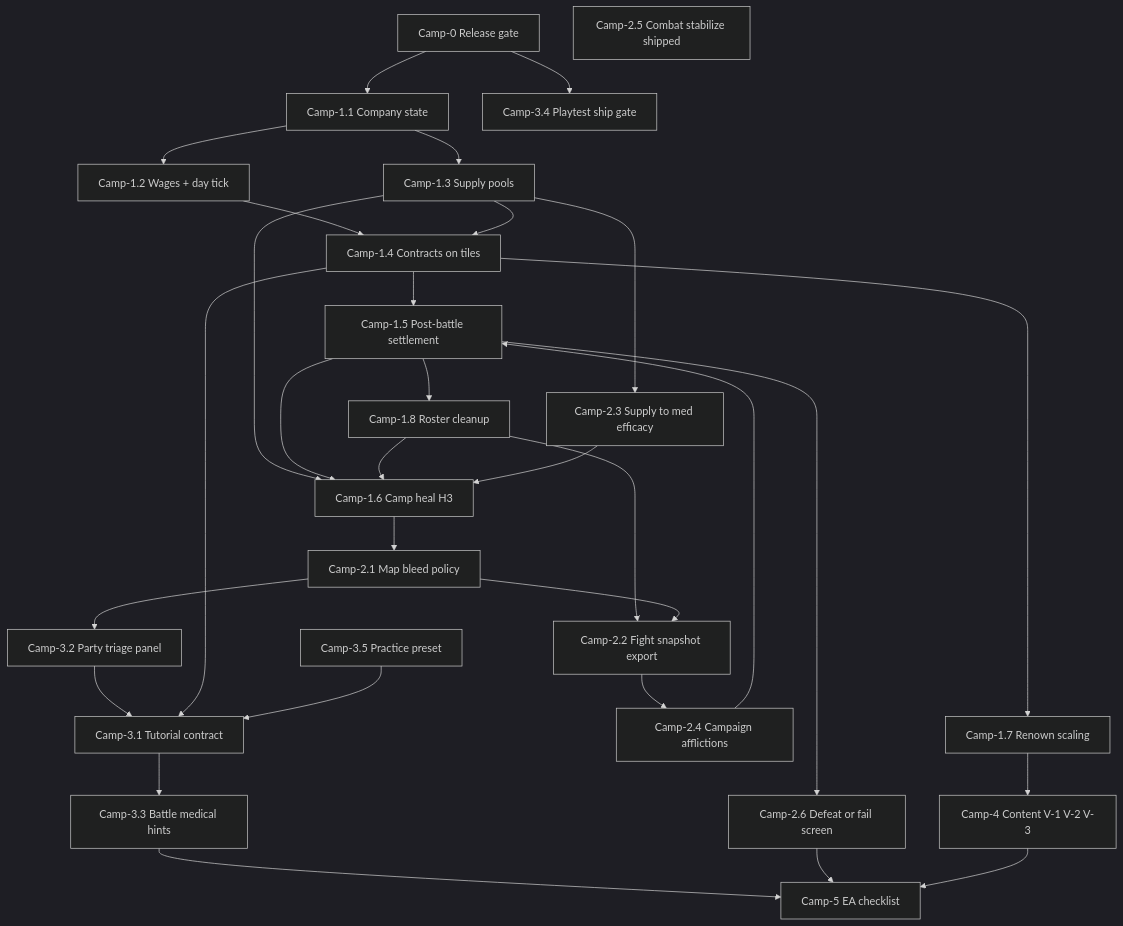
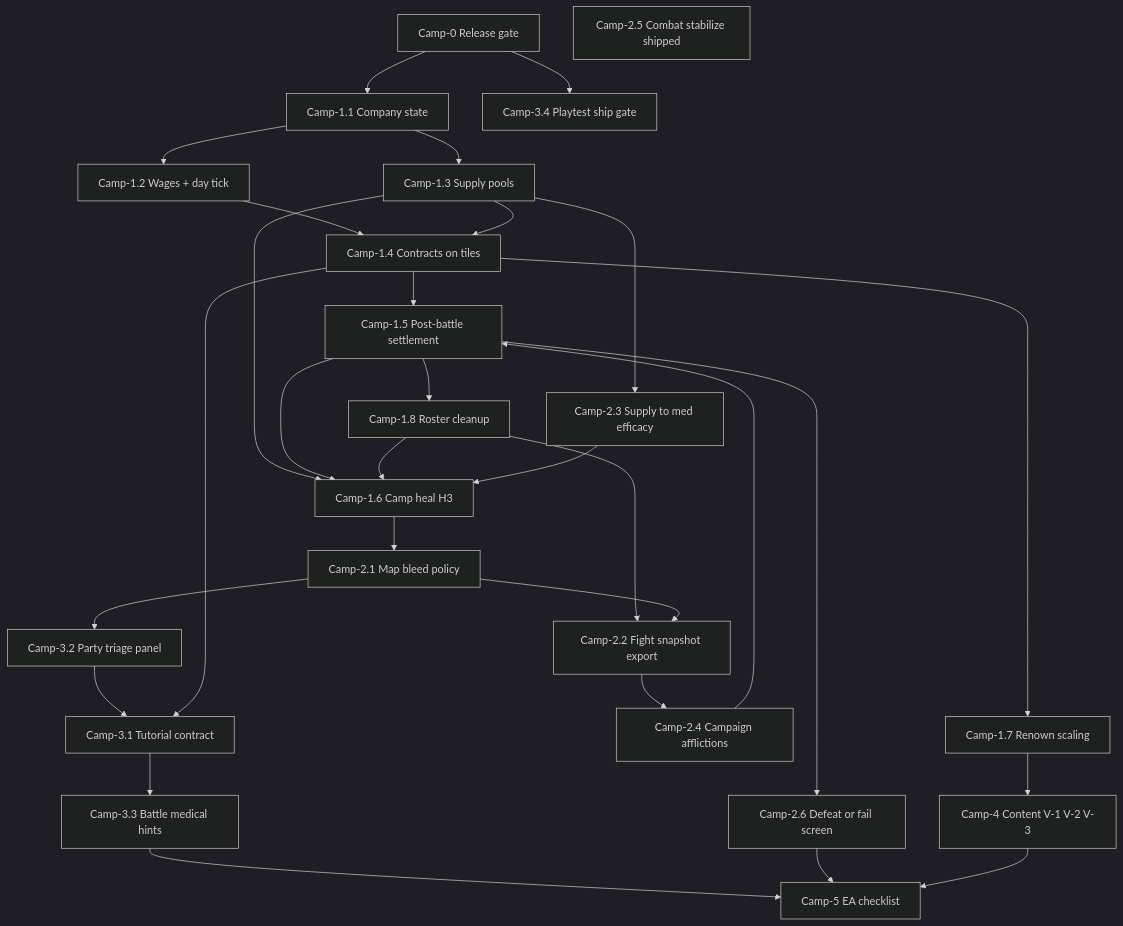
One commit to Evernight27/FallenPaths changed the diagram in docs/SHIP_PLAN.md. Above: the diagram before and after it, drawn with Mermaid (dark theme). The commit also changed other lines of this file and 143 other files, not shown here.

````diff
--- a/docs/SHIP_PLAN.md
+++ b/docs/SHIP_PLAN.md
@@ -82,55 +82,53 @@
 ```mermaid
 flowchart TB
   C0[Camp-0 Release gate]
   C1a[Camp-1.1 Company state]
   C1b[Camp-1.2 Wages + day tick]
   C1c[Camp-1.3 Supply pools]
   C1d[Camp-1.4 Contracts on tiles]
   C1e[Camp-1.5 Post-battle settlement]
   C1f[Camp-1.6 Camp heal H3]
   C1g[Camp-1.7 Renown scaling]
   C1h[Camp-1.8 Roster cleanup]
   C2a[Camp-2.1 Map bleed policy]
   C2b[Camp-2.2 Fight snapshot export]
   C2c[Camp-2.3 Supply to med efficacy]
   C2d[Camp-2.4 Campaign afflictions]
   C2e[Camp-2.5 Combat stabilize shipped]
   C2f[Camp-2.6 Defeat or fail screen]
   C3a[Camp-3.1 Tutorial contract]
   C3b[Camp-3.2 Party triage panel]
   C3c[Camp-3.3 Battle medical hints]
   C3d[Camp-3.4 Playtest ship gate]
-  C3e[Camp-3.5 Practice preset]
   C4[Camp-4 Content V-1 V-2 V-3]
   C5[Camp-5 EA checklist]
 
   C0 --> C1a
   C1a --> C1b
   C1a --> C1c
   C1b --> C1d
   C1c --> C1d
   C1d --> C1e
   C1c --> C1f
   C1e --> C1f
   C1d --> C1g
   C1e --> C1h
   C1h --> C1f
   C1h --> C2b
   C1f --> C2a
   C2a --> C2b
   C2c --> C1f
   C1c --> C2c
   C2b --> C2d
   C2d --> C1e
   C1e --> C2f
   C2a --> C3b
   C3b --> C3a
   C1d --> C3a
   C3a --> C3c
   C0 --> C3d
-  C3e --> C3a
   C1g --> C4
   C3c --> C5
   C2f --> C5
   C4 --> C5
 ```
````
